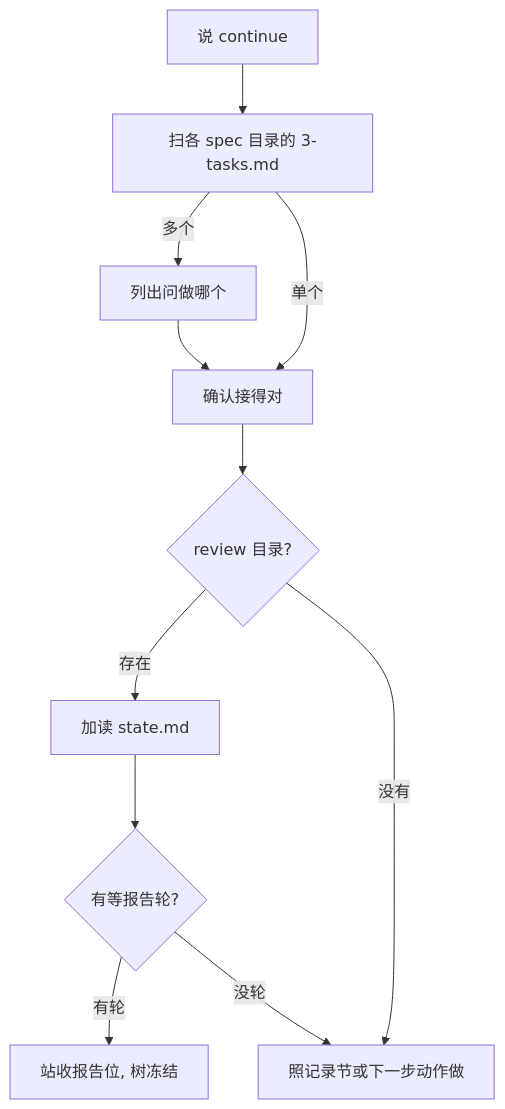
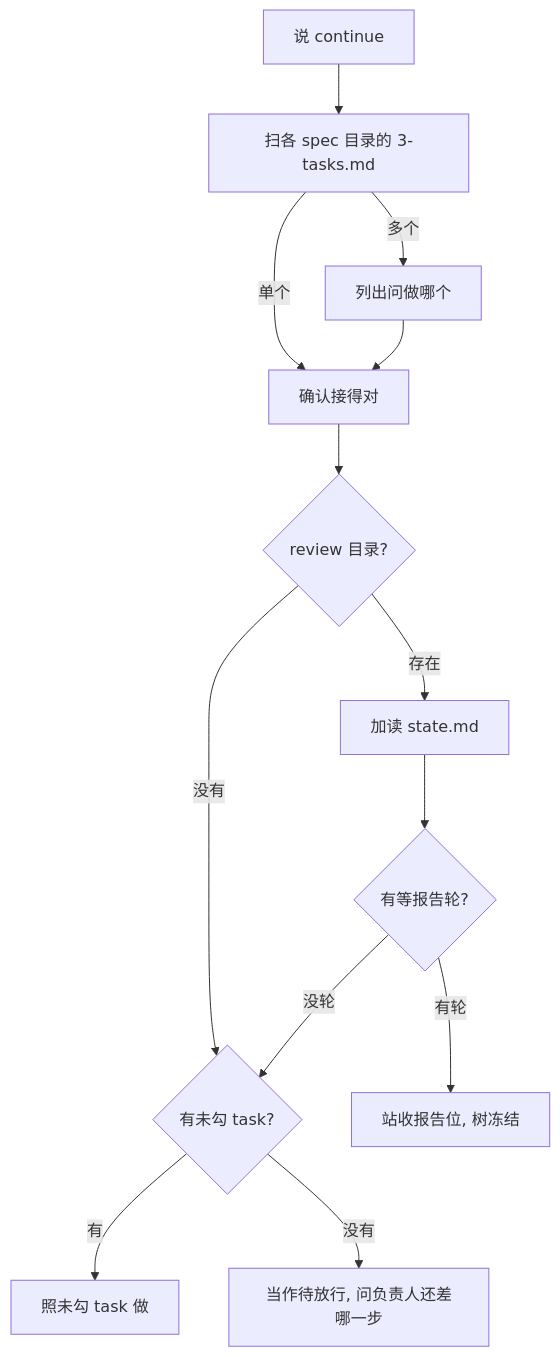
One commit to imknown/AndroidLowLevelDetector changed the second of 2 diagrams in docs/agents-cn/13-工作流.md. Above: the diagram before and after it, drawn with Mermaid. The commit also changed other lines of this file and 9 other files, not shown here.

````diff
--- a/docs/agents-cn/13-工作流.md
+++ b/docs/agents-cn/13-工作流.md
@@ -53,13 +55,15 @@
 ```mermaid
 flowchart TD
     A[说 continue] --> B[扫各 spec 目录的 3-tasks.md]
     B -->|多个| C[列出问做哪个]
     B -->|单个| D[确认接得对]
     C --> D
     D --> E{review 目录?}
-    E -->|存在| F[加读 state.md]
-    E -->|没有| H[照记录节或下一步动作做]
-    F --> G{有等报告轮?}
+    E -->|存在| K[加读 state.md]
+    K --> G{有等报告轮?}
+    E -->|没有| F{有未勾 task?}
     G -->|有轮| I[站收报告位, 树冻结]
-    G -->|没轮| H
+    G -->|没轮| F
+    F -->|有| H[照未勾 task 做]
+    F -->|没有| J[当作待放行, 问负责人还差哪一步]
 ```
````
